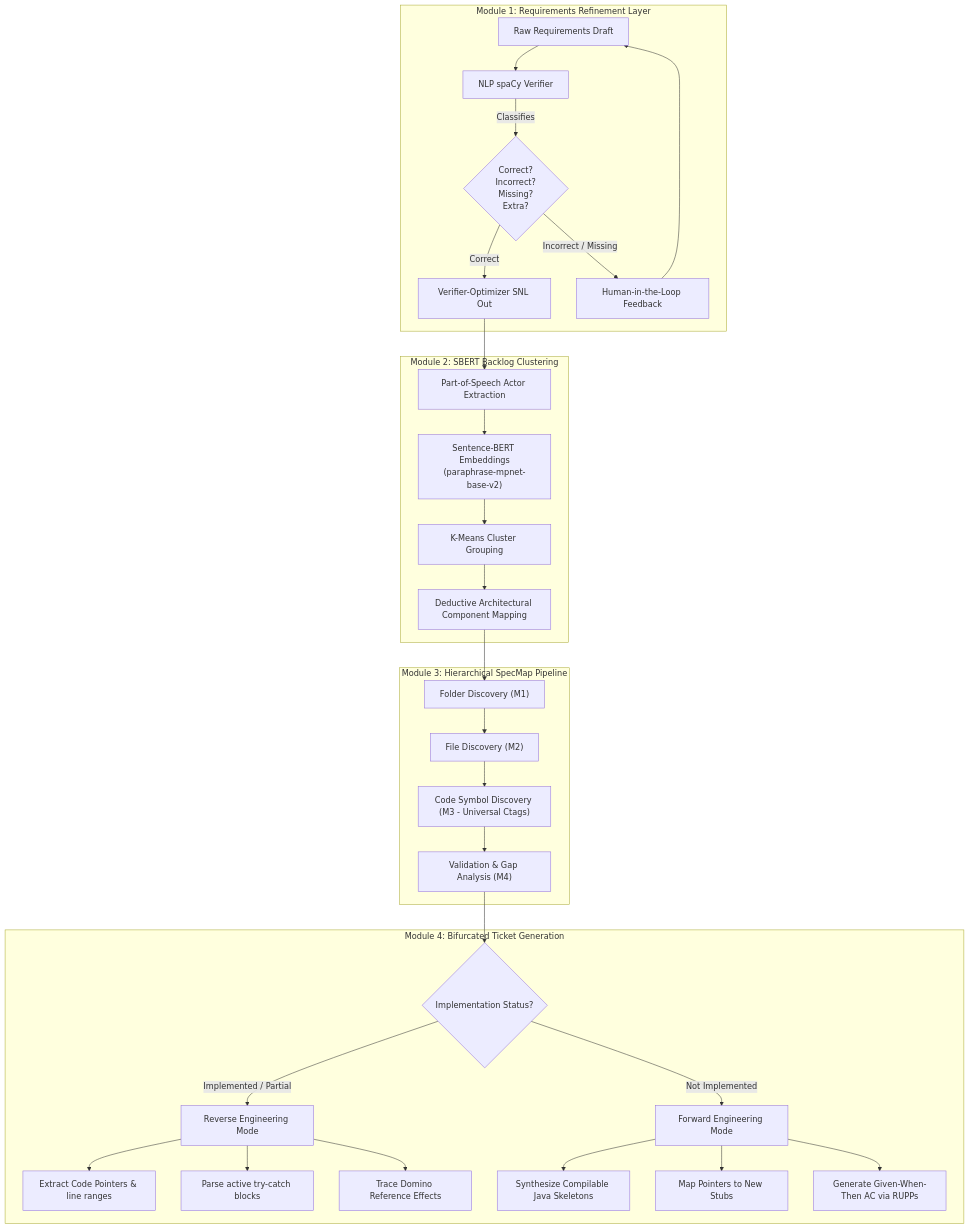
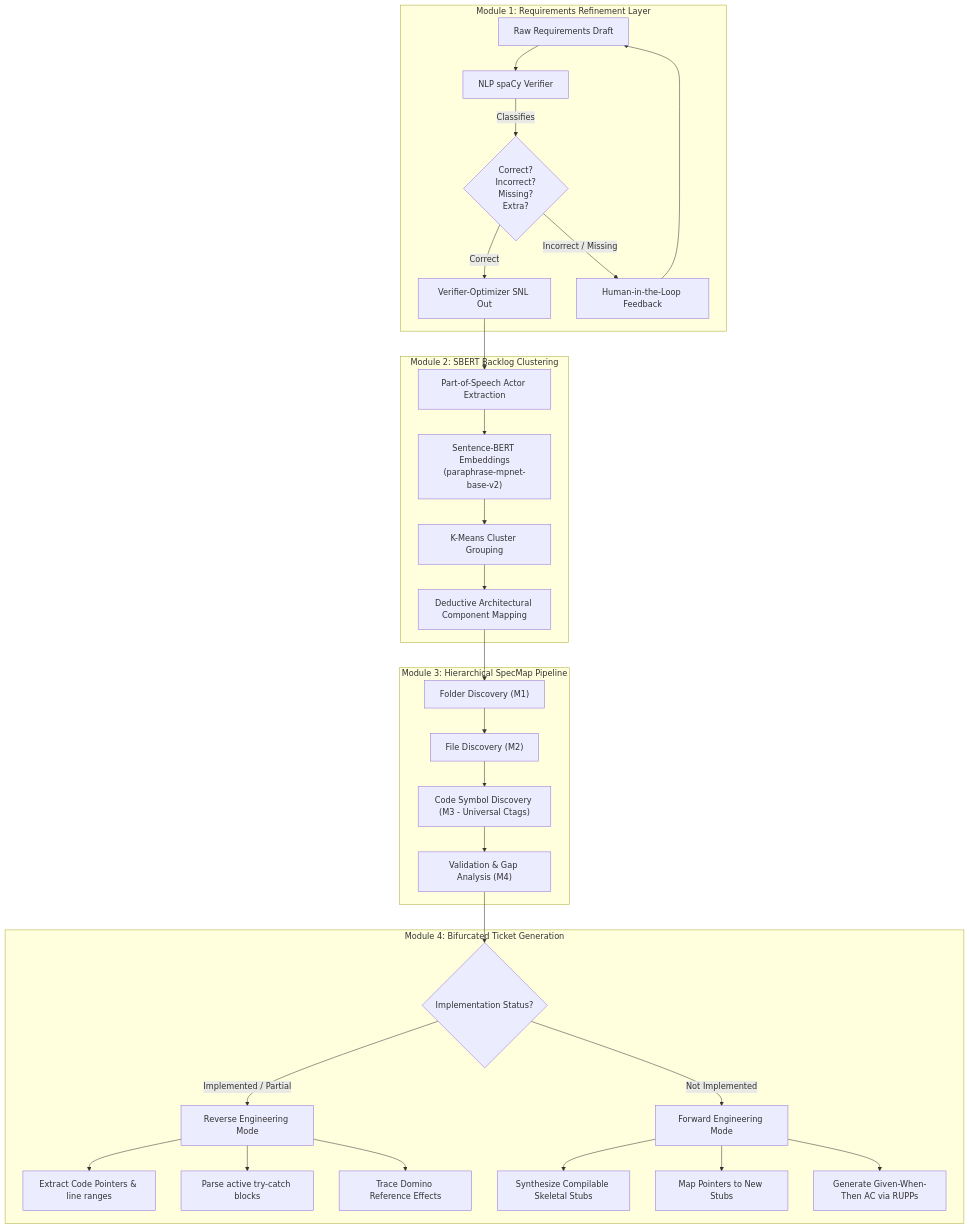
Before and after one commit to osicp/AI-Assisted_Software_Documentation_Framework: the fifth of 5 diagrams in DESIGN.md, drawn with Mermaid. The commit also changed other lines of this file and 13 other files, not shown here.

````diff
--- a/DESIGN.md
+++ b/DESIGN.md
@@ -421,38 +421,38 @@
 ```mermaid
 flowchart TD
     subgraph Requirements_Refinement["Module 1: Requirements Refinement Layer"]
         Raw["Raw Requirements Draft"] --> Verifier["NLP spaCy Verifier"]
         Verifier -->|Classifies| States{"Correct?<br>Incorrect?<br>Missing?<br>Extra?"}
         States -->|Correct| Optimized["Verifier-Optimizer SNL Out"]
         States -->|Incorrect / Missing| Dialogue["Human-in-the-Loop Feedback"]
         Dialogue --> Raw
     end
 
     subgraph Backlog_Clustering["Module 2: SBERT Backlog Clustering"]
         Optimized --> POS["Part-of-Speech Actor Extraction"]
         POS --> SBERT["Sentence-BERT Embeddings<br>(paraphrase-mpnet-base-v2)"]
         SBERT --> KMeans["K-Means Cluster Grouping"]
         KMeans --> ComponentMap["Deductive Architectural Component Mapping"]
     end
 
     subgraph SpecMap_Pipeline["Module 3: Hierarchical SpecMap Pipeline"]
         ComponentMap --> M1["Folder Discovery (M1)"]
         M1 --> M2["File Discovery (M2)"]
         M2 --> M3["Code Symbol Discovery (M3 - Universal Ctags)"]
         M3 --> M4["Validation & Gap Analysis (M4)"]
     end
 
     subgraph Bifurcation["Module 4: Bifurcated Ticket Generation"]
         M4 --> StatusType{"Implementation Status?"}
         StatusType -->|Implemented / Partial| RevMode["Reverse Engineering Mode"]
         StatusType -->|Not Implemented| FwdMode["Forward Engineering Mode"]
         
         RevMode --> Pointers["Extract Code Pointers & line ranges"]
         RevMode --> EdgeCases["Parse active try-catch blocks"]
         RevMode --> Ripple["Trace Domino Reference Effects"]
 
-        FwdMode --> Stubs["Synthesize Compilable Java Skeletons"]
+        FwdMode --> Stubs["Synthesize Compilable Skeletal Stubs"]
         FwdMode --> PointerStubs["Map Pointers to New Stubs"]
         FwdMode --> AC["Generate Given-When-Then AC via RUPPs"]
     end
 ```
````
